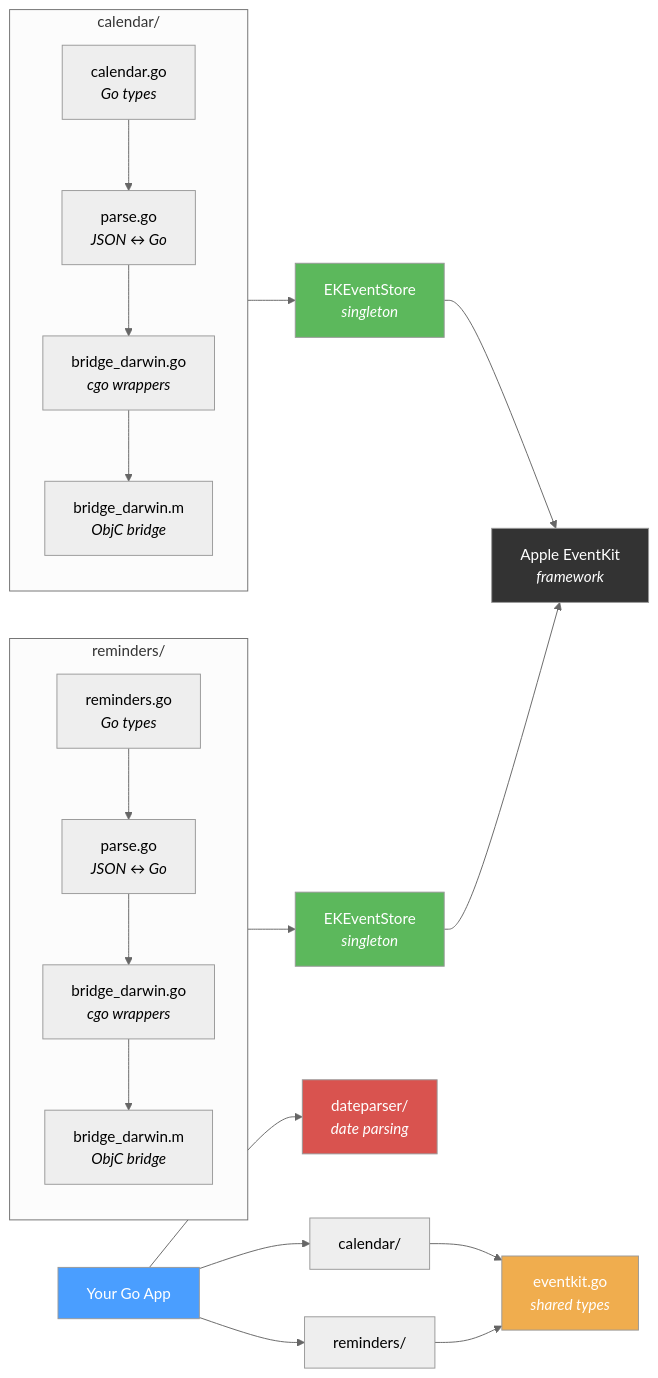
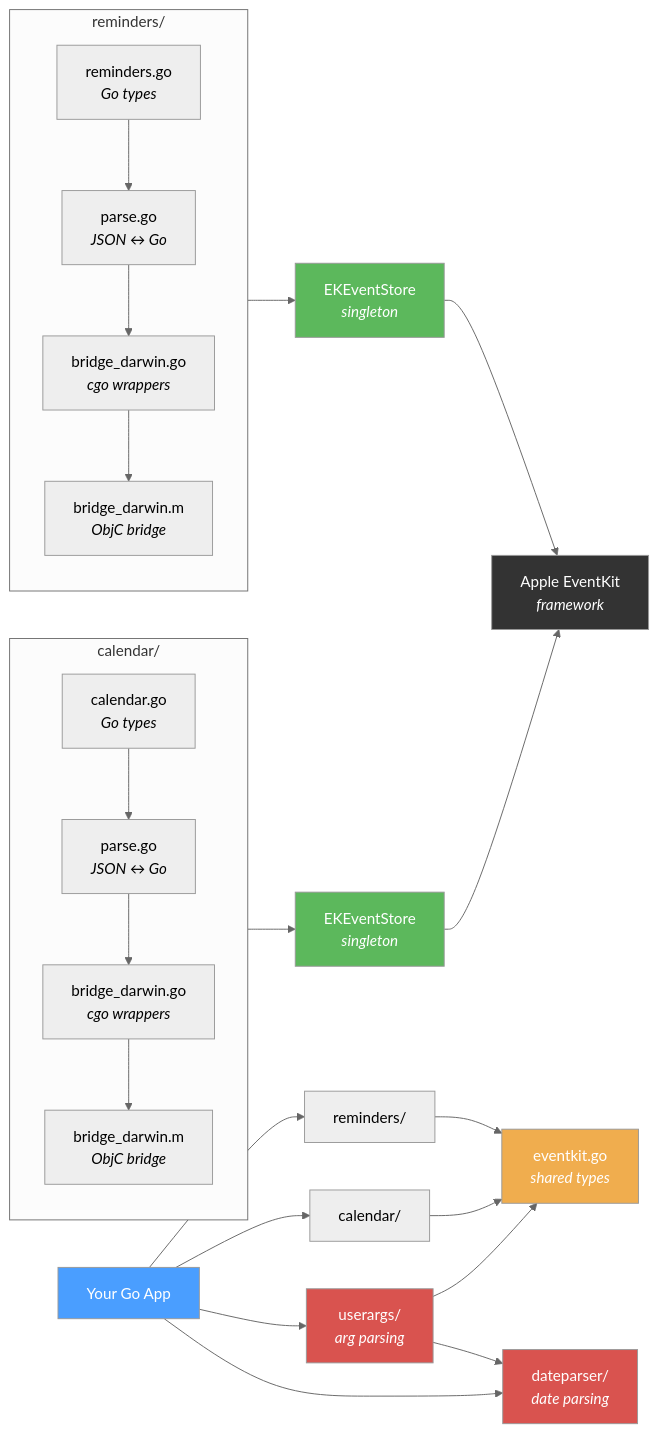
Before and after one commit to BRO3886/go-eventkit: the diagram in README.md, drawn with Mermaid (neutral theme). The commit also changed other lines of this file and 1 other file, not shown here.

First line of the commit message:
docs(userargs): document the userargs package in CLAUDE.md and README

````diff
--- a/README.md
+++ b/README.md
@@ -348,38 +383,42 @@
 ```mermaid
 graph LR
     App["Your Go App"] --> Cal["calendar/"]
     App --> Rem["reminders/"]
     App --> DP["dateparser/<br/><i>date parsing</i>"]
+    App --> UA["userargs/<br/><i>arg parsing</i>"]
+    UA --> DP
+    UA --> EK
     Cal --> EK["eventkit.go<br/><i>shared types</i>"]
     Rem --> EK
 
     subgraph "calendar/"
         direction TB
         CalGo["calendar.go<br/><i>Go types</i>"]
         CalParse["parse.go<br/><i>JSON ↔ Go</i>"]
         CalBridge["bridge_darwin.go<br/><i>cgo wrappers</i>"]
         CalObjC["bridge_darwin.m<br/><i>ObjC bridge</i>"]
         CalGo --> CalParse --> CalBridge --> CalObjC
     end
 
     subgraph "reminders/"
         direction TB
         RemGo["reminders.go<br/><i>Go types</i>"]
         RemParse["parse.go<br/><i>JSON ↔ Go</i>"]
         RemBridge["bridge_darwin.go<br/><i>cgo wrappers</i>"]
         RemObjC["bridge_darwin.m<br/><i>ObjC bridge</i>"]
         RemGo --> RemParse --> RemBridge --> RemObjC
     end
 
     CalObjC --> EKStore1["EKEventStore<br/><i>singleton</i>"]
     RemObjC --> EKStore2["EKEventStore<br/><i>singleton</i>"]
     EKStore1 --> EventKit["Apple EventKit<br/><i>framework</i>"]
     EKStore2 --> EventKit
 
     style App fill:#4a9eff,color:#fff
     style EventKit fill:#333,color:#fff
     style EK fill:#f0ad4e,color:#fff
     style EKStore1 fill:#5cb85c,color:#fff
     style EKStore2 fill:#5cb85c,color:#fff
     style DP fill:#d9534f,color:#fff
+    style UA fill:#d9534f,color:#fff
 ```
````
